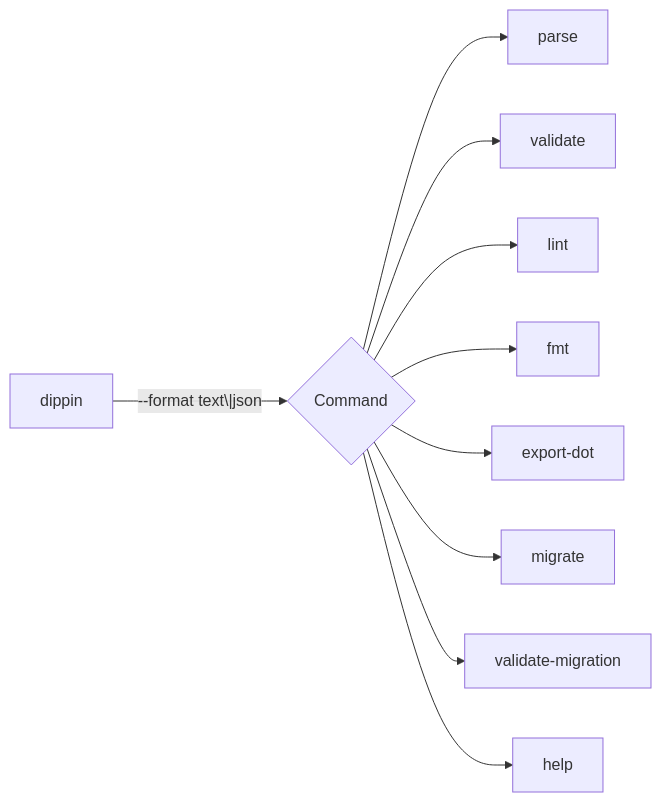
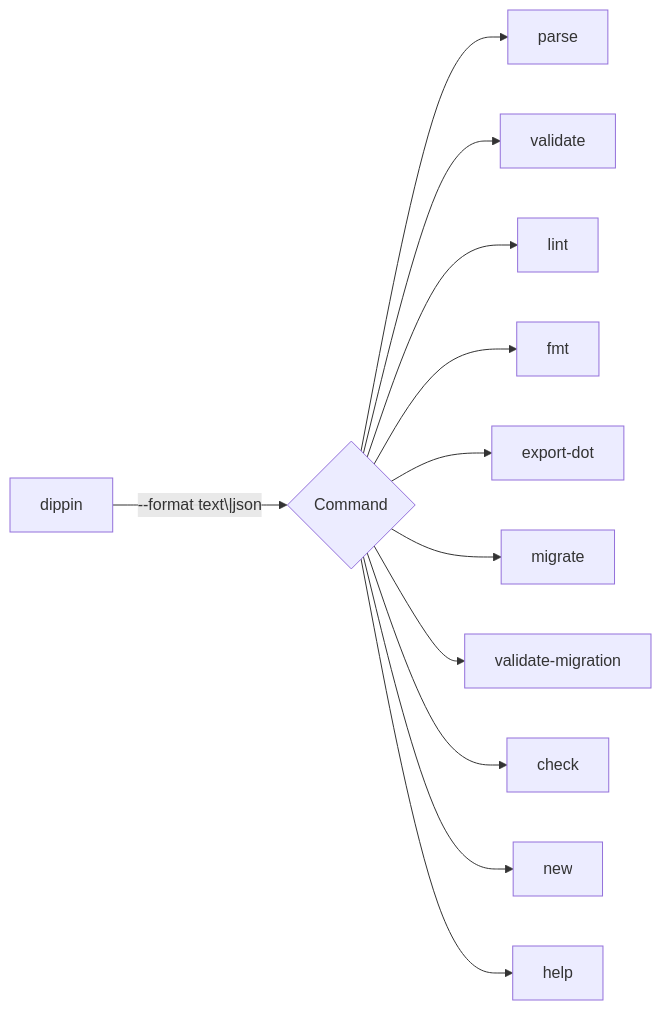
One commit to michellepellon/dippin-lang changed the diagram in docs/cli.md. Above: the diagram before and after it, drawn with Mermaid. The commit also changed other lines of this file and 26 other files, not shown here.

````diff
--- a/docs/cli.md
+++ b/docs/cli.md
@@ -19,12 +19,14 @@
 ```mermaid
 graph LR
     CLI["dippin"] --> |"--format text\|json"| CMD{Command}
     CMD --> parse
     CMD --> validate
     CMD --> lint
     CMD --> fmt
     CMD --> export-dot
     CMD --> migrate
     CMD --> validate-migration
+    CMD --> check
+    CMD --> new
     CMD --> help
 ```
````
